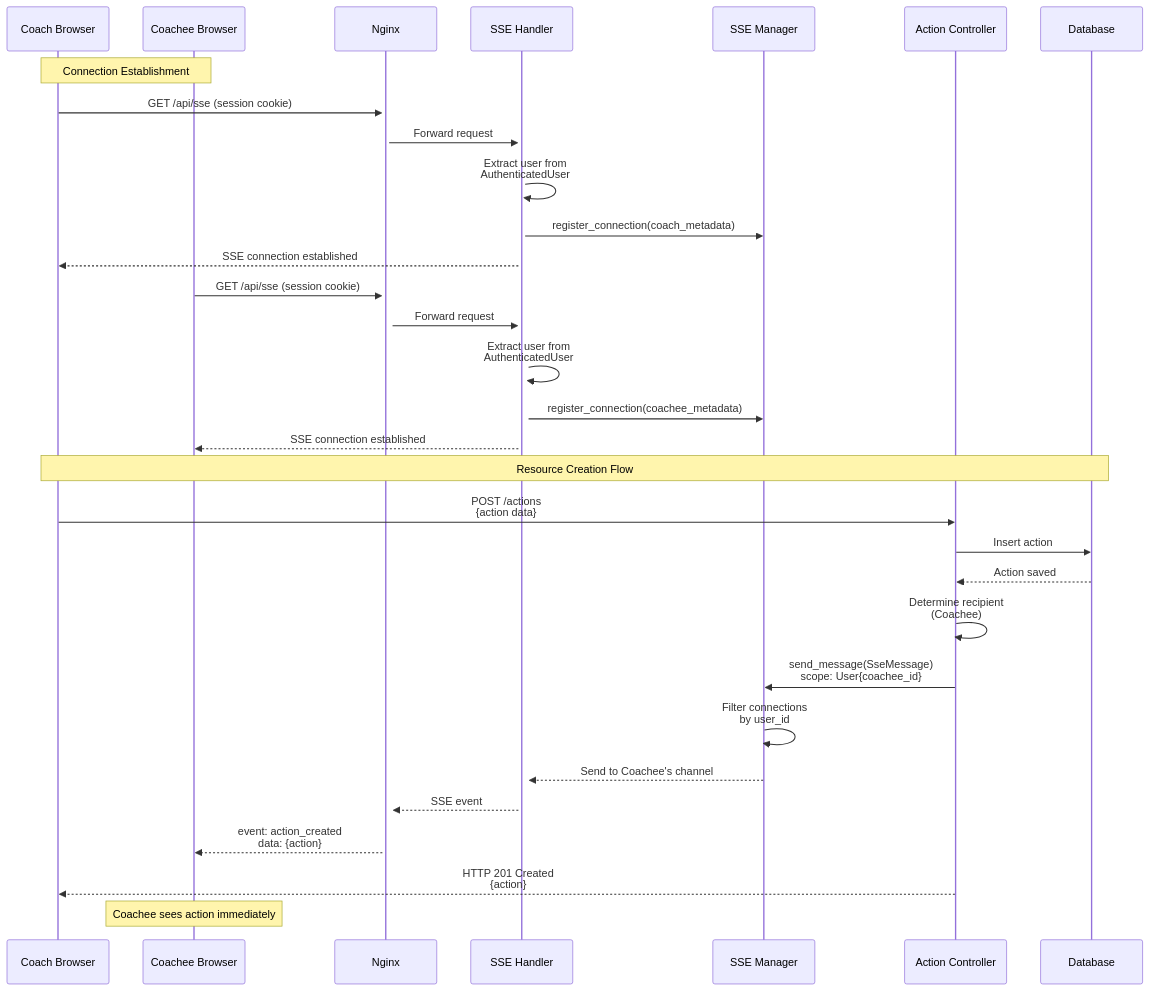
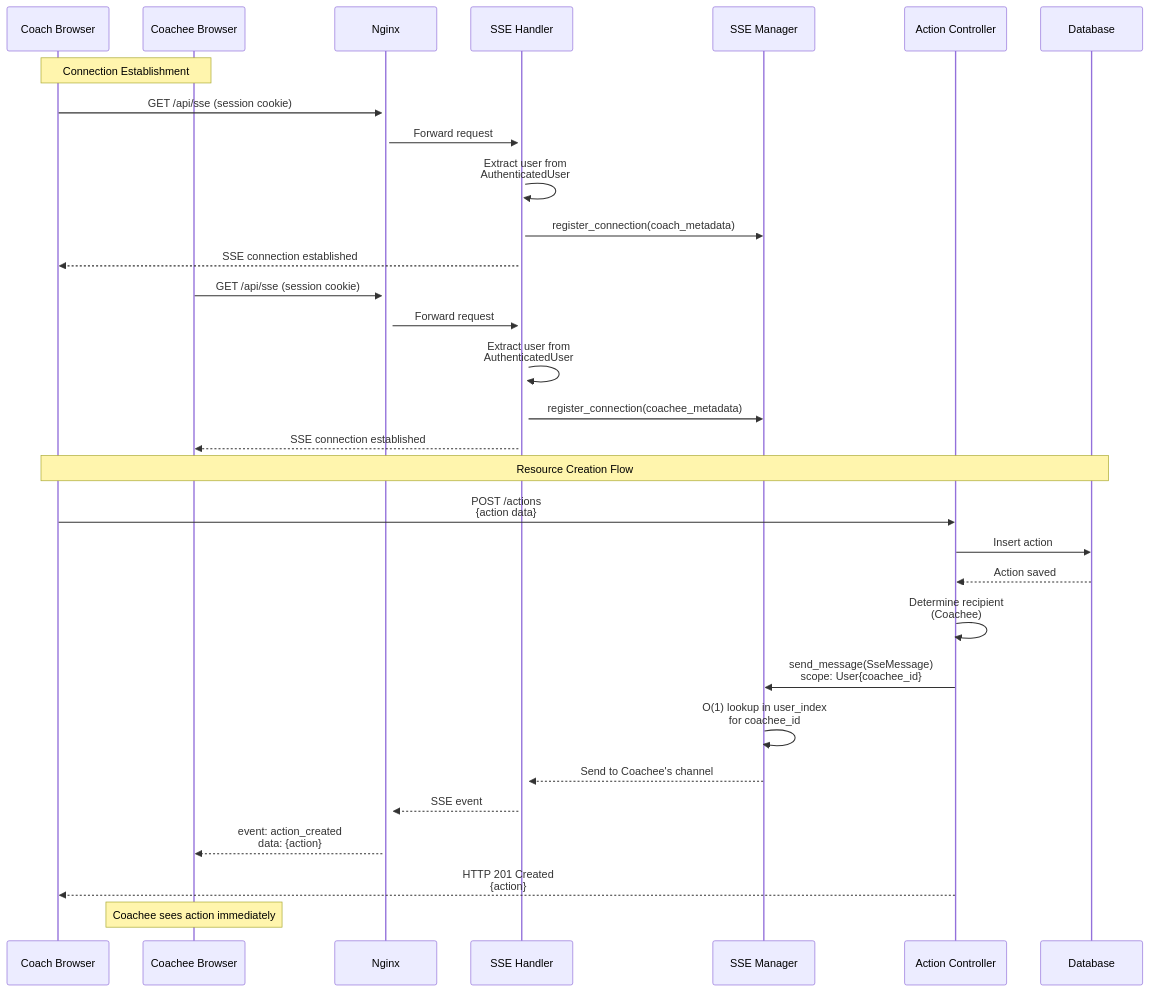
One commit to refactor-group/refactor-platform-rs changed the second of 5 diagrams in docs/implementation-plans/sse-communication.md. Above: the diagram before and after it, drawn with Mermaid. The commit also changed other lines of this file, not shown here.

````diff
--- a/docs/implementation-plans/sse-communication.md
+++ b/docs/implementation-plans/sse-communication.md
@@ -78,37 +78,37 @@
 ```mermaid
 sequenceDiagram
     participant Coach as Coach Browser
     participant Coachee as Coachee Browser
     participant Nginx as Nginx
     participant Handler as SSE Handler
     participant Manager as SSE Manager
     participant Controller as Action Controller
     participant DB as Database
 
     Note over Coach,Coachee: Connection Establishment
     Coach->>+Nginx: GET /api/sse (session cookie)
     Nginx->>+Handler: Forward request
     Handler->>Handler: Extract user from<br/>AuthenticatedUser
     Handler->>Manager: register_connection(coach_metadata)
     Handler-->>Coach: SSE connection established
 
     Coachee->>+Nginx: GET /api/sse (session cookie)
     Nginx->>+Handler: Forward request
     Handler->>Handler: Extract user from<br/>AuthenticatedUser
     Handler->>Manager: register_connection(coachee_metadata)
     Handler-->>Coachee: SSE connection established
 
     Note over Coach,DB: Resource Creation Flow
     Coach->>Controller: POST /actions<br/>{action data}
     Controller->>DB: Insert action
     DB-->>Controller: Action saved
     Controller->>Controller: Determine recipient<br/>(Coachee)
     Controller->>Manager: send_message(SseMessage)<br/>scope: User{coachee_id}
-    Manager->>Manager: Filter connections<br/>by user_id
+    Manager->>Manager: O(1) lookup in user_index<br/>for coachee_id
     Manager-->>Handler: Send to Coachee's channel
     Handler-->>Nginx: SSE event
     Nginx-->>Coachee: event: action_created<br/>data: {action}
     Controller-->>Coach: HTTP 201 Created<br/>{action}
 
     Note over Coachee: Coachee sees action immediately
 ```
````
